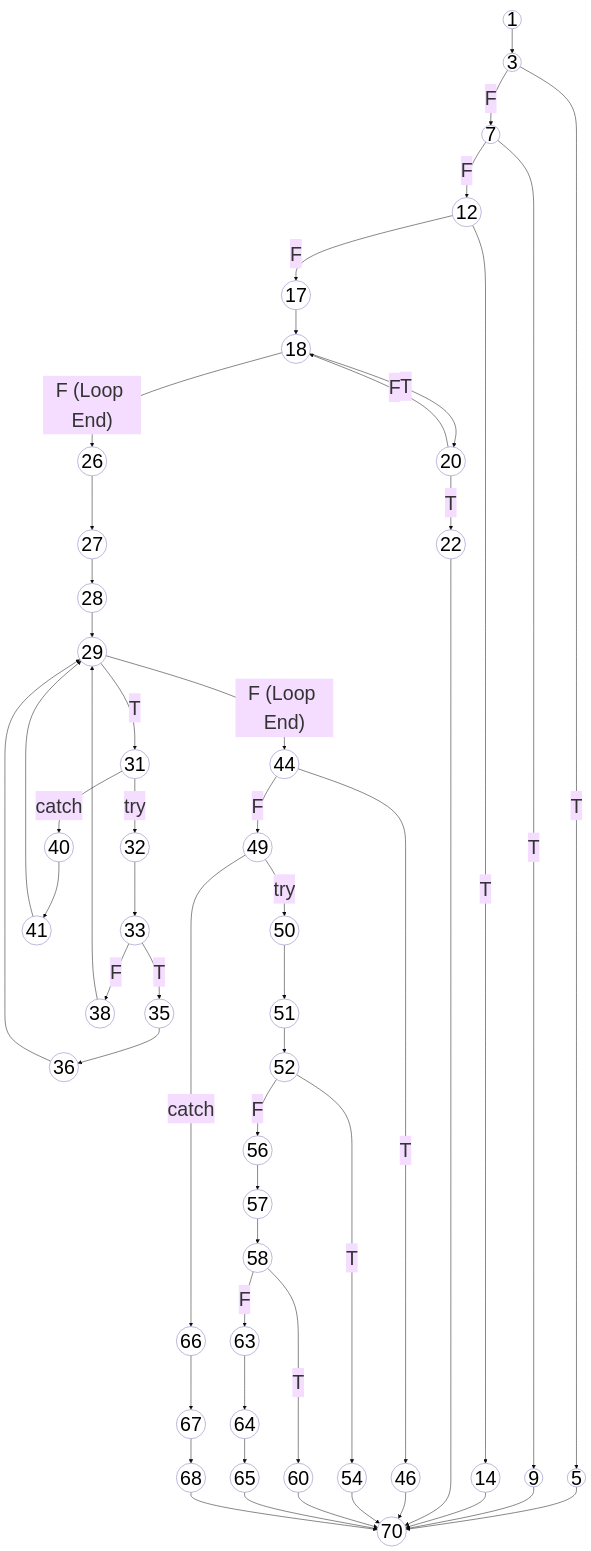
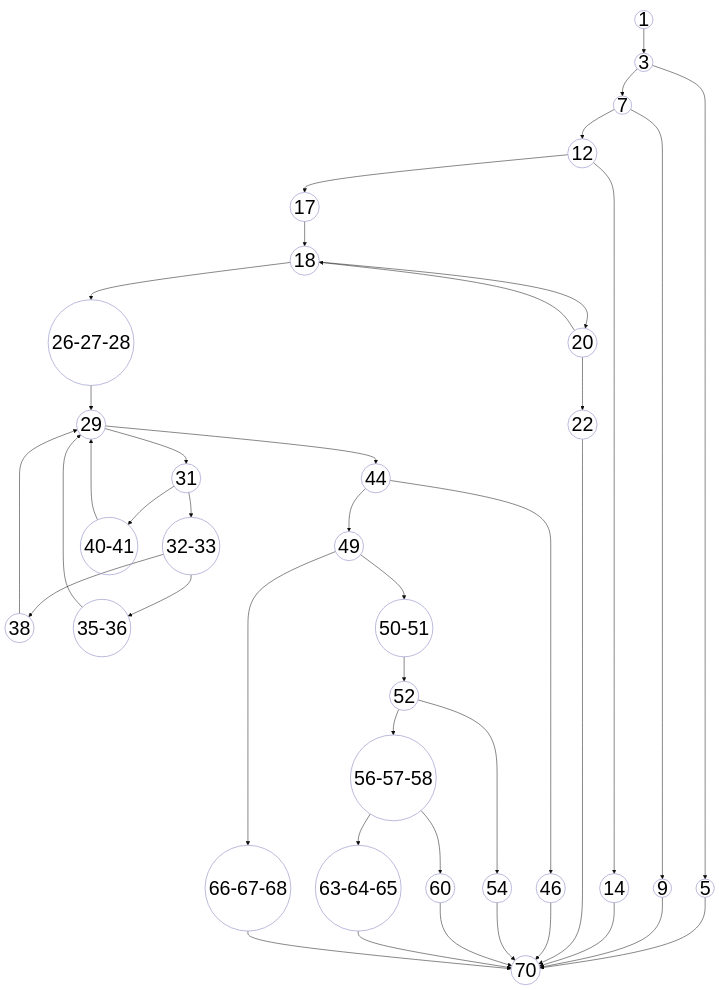
The diagram in SE/ideathon/pseudocode/flowcharts/UC-01.mmd (aryanhrc3428/Semester-5), drawn with Mermaid before and after one commit. The commit also changed 4 other files, not shown here.

Commit message:
flowgraph1-4

```diff
--- a/SE/ideathon/pseudocode/flowcharts/UC-01.mmd
+++ b/SE/ideathon/pseudocode/flowcharts/UC-01.mmd
@@ -1,93 +1,68 @@
 ---
 config:
   theme: base
   themeVariables:
     fontSize: '40px'
 ---
 graph TD
     %% Base styling matching the reference CFG style
     classDef default fill:none,stroke:#a3a3d1,stroke-width:1.5px,color:#000;
     
     1((1)) --> 3((3))
     
-    3 -- T --> 5((5))
-    3 -- F --> 7((7))
+    3  --> 5((5))
+    3  --> 7((7))
     
-    7 -- T --> 9((9))
-    7 -- F --> 12((12))
+    7  --> 9((9))
+    7  --> 12((12))
     
-    12 -- T --> 14((14))
-    12 -- F --> 17((17))
+    12  --> 14((14))
+    12 --> 17((17))
     
     17 --> 18((18))
     
     %% Character Sanitization Loop
-    18 -- T --> 20((20))
-    18 -- F (Loop End) --> 26((26))
+    18  --> 20(("20"))
+    18 --> 26-27-28((26-27-28)) --> 29((29))
     
-    20 -- T --> 22((22))
-    20 -- F --> 18
-    
-    %% Setup for Resilient External Call
-    26 --> 27((27))
-    27 --> 28((28))
-    28 --> 29((29))
+    20  --> 22((22))
+    20  --> 18
     
     %% Authentication While Loop
-    29 -- T --> 31((31))
-    29 -- F (Loop End) --> 44((44))
+    29  --> 31((31))
+    29  --> 44((44))
     
-    31 -- try --> 32((32))
-    31 -- catch --> 40((40))
+    31  --> 32-33((32-33))
+    31 --> 40-41((40-41))
     
-    32 --> 33((33))
-    
-    33 -- T --> 35((35))
-    33 -- F --> 38((38))
-    
-    35 --> 36((36))
-    36 --> 29
+    32-33 --> 35-36((35-36)) --> 29
+    32-33 --> 38((38))
     
     38 --> 29
     
-    40 --> 41((41))
-    41 --> 29
+    40-41 --> 29
     
     %% Post-Loop Authentication Check
-    44 -- T --> 46((46))
-    44 -- F --> 49((49))
+    44 --> 46((46))
+    44  --> 49((49))
     
     %% Secure Database Queries
-    49 -- try --> 50((50))
-    49 -- catch --> 66((66))
+    49 --> 50-51((50-51)) --> 52((52))
+    49 --> 66-67-68((66-67-68))
     
-    50 --> 51((51))
-    51 --> 52((52))
+    52 --> 54((54))
+    52 --> 56-57-58((56-57-58))
     
-    52 -- T --> 54((54))
-    52 -- F --> 56((56))
-    
-    56 --> 57((57))
-    57 --> 58((58))
-    
-    58 -- T --> 60((60))
-    58 -- F --> 63((63))
-    
-    %% Token Generation and Success Return
-    63 --> 64((64))
-    64 --> 65((65))
-    
-    %% Database Exception Catch Block
-    66 --> 67((67))
-    67 --> 68((68))
-    
+    56-57-58 --> 63-64-65((63-64-65))
+    56-57-58 --> 60((60))
+  
     %% Terminal error returns and catches syncing to the final end node (70)
     5 --> 70((70))
     9 --> 70
     14 --> 70
     22 --> 70
     46 --> 70
     54 --> 70
     60 --> 70
-    65 --> 70
-    68 --> 70
+    63-64-65 --> 70
+    66-67-68 --> 70
```
